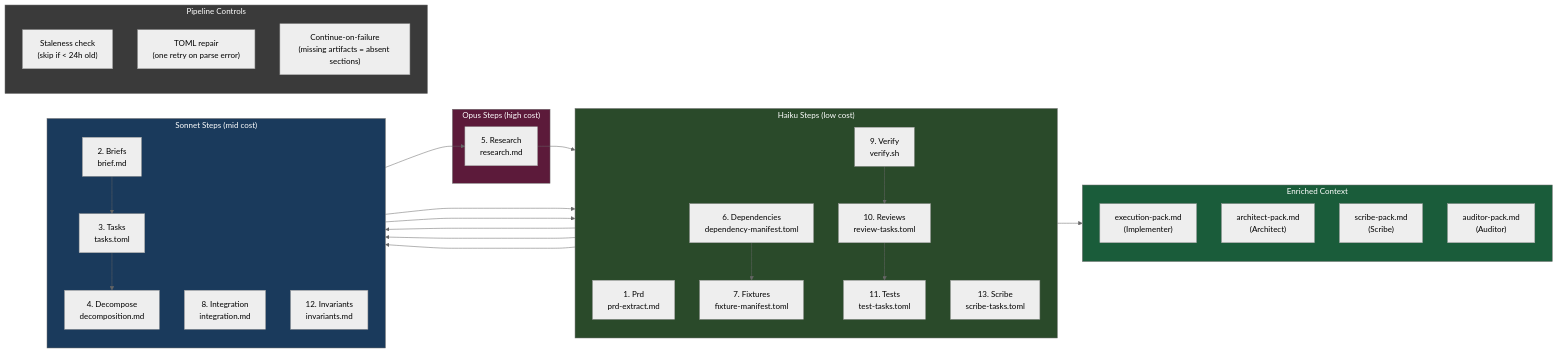
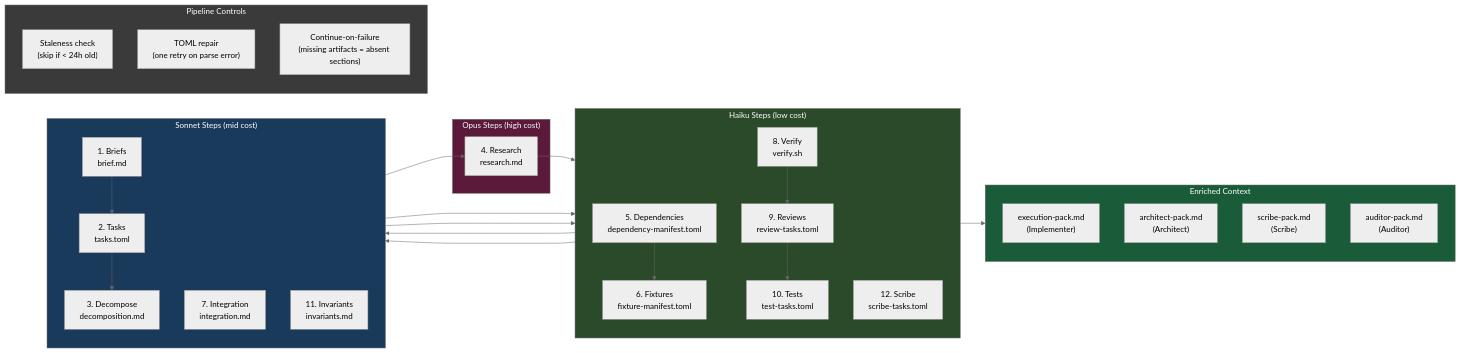
One commit to wpank/roko changed the second of 5 diagrams in docs/v3/06-COMPOSITION.md. Above: the diagram before and after it, drawn with Mermaid (neutral theme). The commit also changed other lines of this file and 11 other files, not shown here.

````diff
--- a/docs/v3/06-COMPOSITION.md
+++ b/docs/v3/06-COMPOSITION.md
@@ -394,51 +392,50 @@
 ```mermaid
 flowchart LR
   subgraph Cheap["Haiku Steps (low cost)"]
     direction TB
-    S1["1. Prd\nprd-extract.md"]
-    S6["6. Dependencies\ndependency-manifest.toml"]
-    S7["7. Fixtures\nfixture-manifest.toml"]
-    S9["9. Verify\nverify.sh"]
-    S10["10. Reviews\nreview-tasks.toml"]
-    S11["11. Tests\ntest-tasks.toml"]
-    S13["13. Scribe\nscribe-tasks.toml"]
+    S5["5. Dependencies\ndependency-manifest.toml"]
+    S6["6. Fixtures\nfixture-manifest.toml"]
+    S8["8. Verify\nverify.sh"]
+    S9["9. Reviews\nreview-tasks.toml"]
+    S10["10. Tests\ntest-tasks.toml"]
+    S12["12. Scribe\nscribe-tasks.toml"]
   end
 
   subgraph Mid["Sonnet Steps (mid cost)"]
     direction TB
-    S2["2. Briefs\nbrief.md"]
-    S3["3. Tasks\ntasks.toml"]
-    S4["4. Decompose\ndecomposition.md"]
-    S8["8. Integration\nintegration.md"]
-    S12["12. Invariants\ninvariants.md"]
+    S1["1. Briefs\nbrief.md"]
+    S2["2. Tasks\ntasks.toml"]
+    S3["3. Decompose\ndecomposition.md"]
+    S7["7. Integration\nintegration.md"]
+    S11["11. Invariants\ninvariants.md"]
   end
 
   subgraph Deep["Opus Steps (high cost)"]
-    S5["5. Research\nresearch.md"]
+    S4["4. Research\nresearch.md"]
   end
 
-  S1 --> S2 --> S3 --> S4 --> S5 --> S6 --> S7 --> S8 --> S9 --> S10 --> S11 --> S12 --> S13
+  S1 --> S2 --> S3 --> S4 --> S5 --> S6 --> S7 --> S8 --> S9 --> S10 --> S11 --> S12
 
   subgraph Controls["Pipeline Controls"]
     direction TB
     STALE["Staleness check\n(skip if < 24h old)"]
     REPAIR["TOML repair\n(one retry on parse error)"]
     CONT["Continue-on-failure\n(missing artifacts = absent sections)"]
   end
 
   subgraph Output["Enriched Context"]
     direction TB
     EP["execution-pack.md\n(Implementer)"]
     AP["architect-pack.md\n(Architect)"]
     SP["scribe-pack.md\n(Scribe)"]
     AUP["auditor-pack.md\n(Auditor)"]
   end
 
-  S13 --> Output
+  S12 --> Output
 
   style Cheap fill:#2a4a2a,color:#fff
   style Mid fill:#1a3a5c,color:#fff
   style Deep fill:#5c1a3a,color:#fff
   style Controls fill:#3a3a3a,color:#fff
   style Output fill:#1a5c3a,color:#fff
 ```
````
